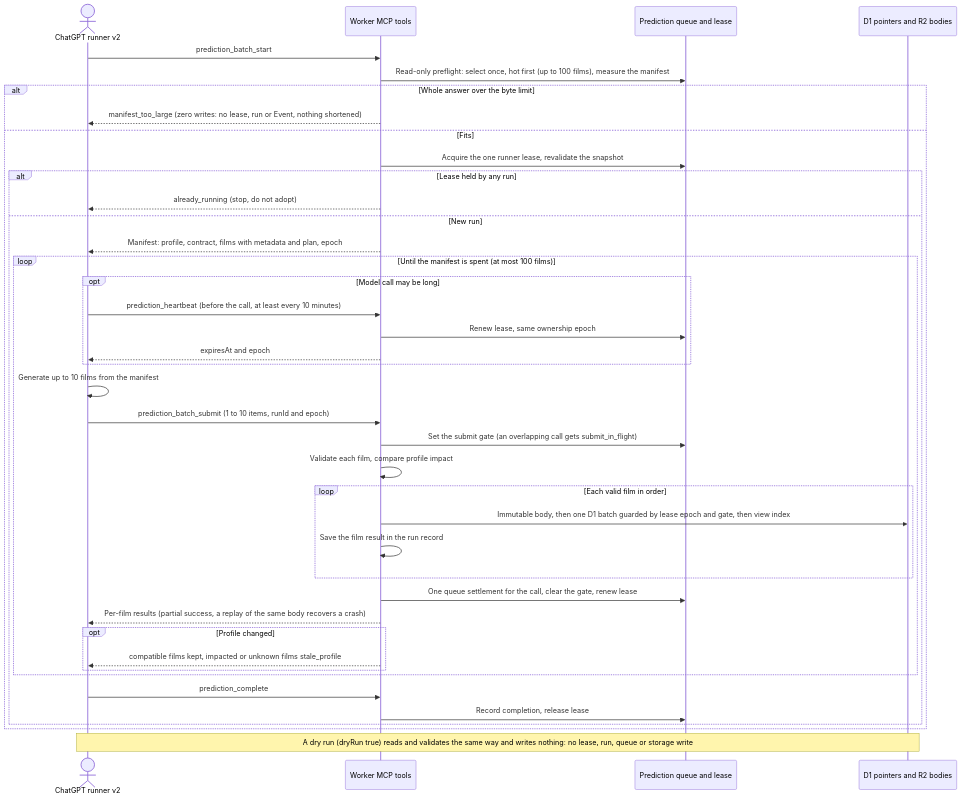
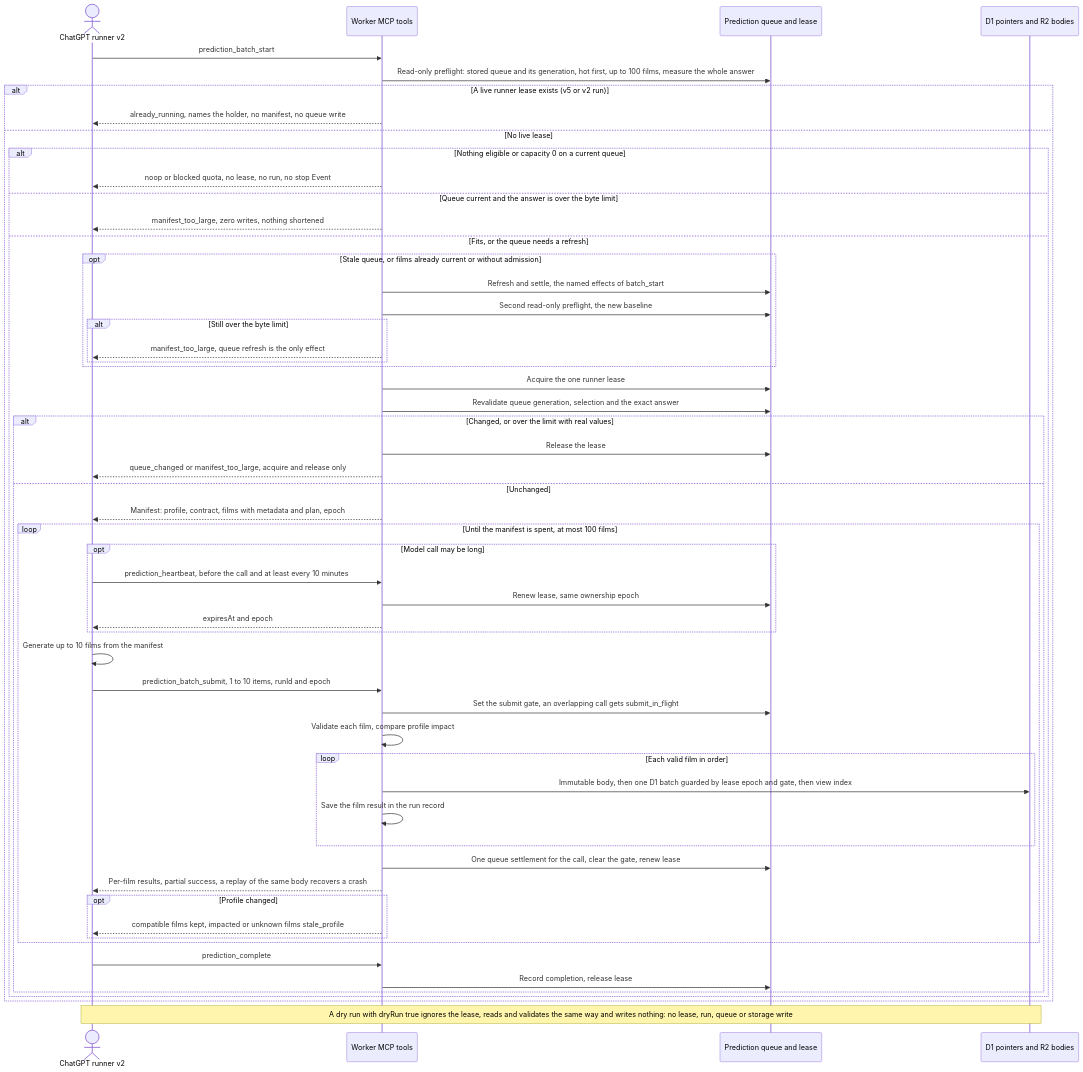
The second of 3 diagrams in docs/architecture/prediction-pipeline.md (vladimino/iptv-watchlist), drawn with Mermaid before and after one commit. The commit also changed other lines of this file and 16 other files, not shown here.

First line of the commit message:
AIR-447: implement batch prediction start and 100-film manifest

````diff
--- a/docs/architecture/prediction-pipeline.md
+++ b/docs/architecture/prediction-pipeline.md
@@ -68,42 +68,57 @@
 ```mermaid
 sequenceDiagram
     actor Client as ChatGPT runner v2
     participant MCP as Worker MCP tools
     participant Queue as Prediction queue and lease
     participant Store as D1 pointers and R2 bodies
     Client->>MCP: prediction_batch_start
-    MCP->>Queue: Read-only preflight: select once, hot first (up to 100 films), measure the manifest
-    alt Whole answer over the byte limit
-        MCP-->>Client: manifest_too_large (zero writes: no lease, run or Event, nothing shortened)
-    else Fits
-        MCP->>Queue: Acquire the one runner lease, revalidate the snapshot
-        alt Lease held by any run
-            MCP-->>Client: already_running (stop, do not adopt)
-        else New run
-            MCP-->>Client: Manifest: profile, contract, films with metadata and plan, epoch
-            loop Until the manifest is spent (at most 100 films)
-                opt Model call may be long
-                    Client->>MCP: prediction_heartbeat (before the call, at least every 10 minutes)
-                    MCP->>Queue: Renew lease, same ownership epoch
-                    MCP-->>Client: expiresAt and epoch
-                end
-                Client->>Client: Generate up to 10 films from the manifest
-                Client->>MCP: prediction_batch_submit (1 to 10 items, runId and epoch)
-                MCP->>Queue: Set the submit gate (an overlapping call gets submit_in_flight)
-                MCP->>MCP: Validate each film, compare profile impact
-                loop Each valid film in order
-                    MCP->>Store: Immutable body, then one D1 batch guarded by lease epoch and gate, then view index
-                    MCP->>MCP: Save the film result in the run record
-                end
-                MCP->>Queue: One queue settlement for the call, clear the gate, renew lease
-                MCP-->>Client: Per-film results (partial success, a replay of the same body recovers a crash)
-                opt Profile changed
-                    MCP-->>Client: compatible films kept, impacted or unknown films stale_profile
+    MCP->>Queue: Read-only preflight: stored queue and its generation, hot first, up to 100 films, measure the whole answer
+    alt A live runner lease exists (v5 or v2 run)
+        MCP-->>Client: already_running, names the holder, no manifest, no queue write
+    else No live lease
+        alt Nothing eligible or capacity 0 on a current queue
+            MCP-->>Client: noop or blocked quota, no lease, no run, no stop Event
+        else Queue current and the answer is over the byte limit
+            MCP-->>Client: manifest_too_large, zero writes, nothing shortened
+        else Fits, or the queue needs a refresh
+            opt Stale queue, or films already current or without admission
+                MCP->>Queue: Refresh and settle, the named effects of batch_start
+                MCP->>Queue: Second read-only preflight, the new baseline
+                alt Still over the byte limit
+                    MCP-->>Client: manifest_too_large, queue refresh is the only effect
                 end
             end
-            Client->>MCP: prediction_complete
-            MCP->>Queue: Record completion, release lease
+            MCP->>Queue: Acquire the one runner lease
+            MCP->>Queue: Revalidate queue generation, selection and the exact answer
+            alt Changed, or over the limit with real values
+                MCP->>Queue: Release the lease
+                MCP-->>Client: queue_changed or manifest_too_large, acquire and release only
+            else Unchanged
+                MCP-->>Client: Manifest: profile, contract, films with metadata and plan, epoch
+                loop Until the manifest is spent, at most 100 films
+                    opt Model call may be long
+                        Client->>MCP: prediction_heartbeat, before the call and at least every 10 minutes
+                        MCP->>Queue: Renew lease, same ownership epoch
+                        MCP-->>Client: expiresAt and epoch
+                    end
+                    Client->>Client: Generate up to 10 films from the manifest
+                    Client->>MCP: prediction_batch_submit, 1 to 10 items, runId and epoch
+                    MCP->>Queue: Set the submit gate, an overlapping call gets submit_in_flight
+                    MCP->>MCP: Validate each film, compare profile impact
+                    loop Each valid film in order
+                        MCP->>Store: Immutable body, then one D1 batch guarded by lease epoch and gate, then view index
+                        MCP->>MCP: Save the film result in the run record
+                    end
+                    MCP->>Queue: One queue settlement for the call, clear the gate, renew lease
+                    MCP-->>Client: Per-film results, partial success, a replay of the same body recovers a crash
+                    opt Profile changed
+                        MCP-->>Client: compatible films kept, impacted or unknown films stale_profile
+                    end
+                end
+                Client->>MCP: prediction_complete
+                MCP->>Queue: Record completion, release lease
+            end
         end
     end
-    Note over Client,Store: A dry run (dryRun true) reads and validates the same way and writes nothing: no lease, run, queue or storage write
+    Note over Client,Store: A dry run with dryRun true ignores the lease, reads and validates the same way and writes nothing: no lease, run, queue or storage write
 ```
````
